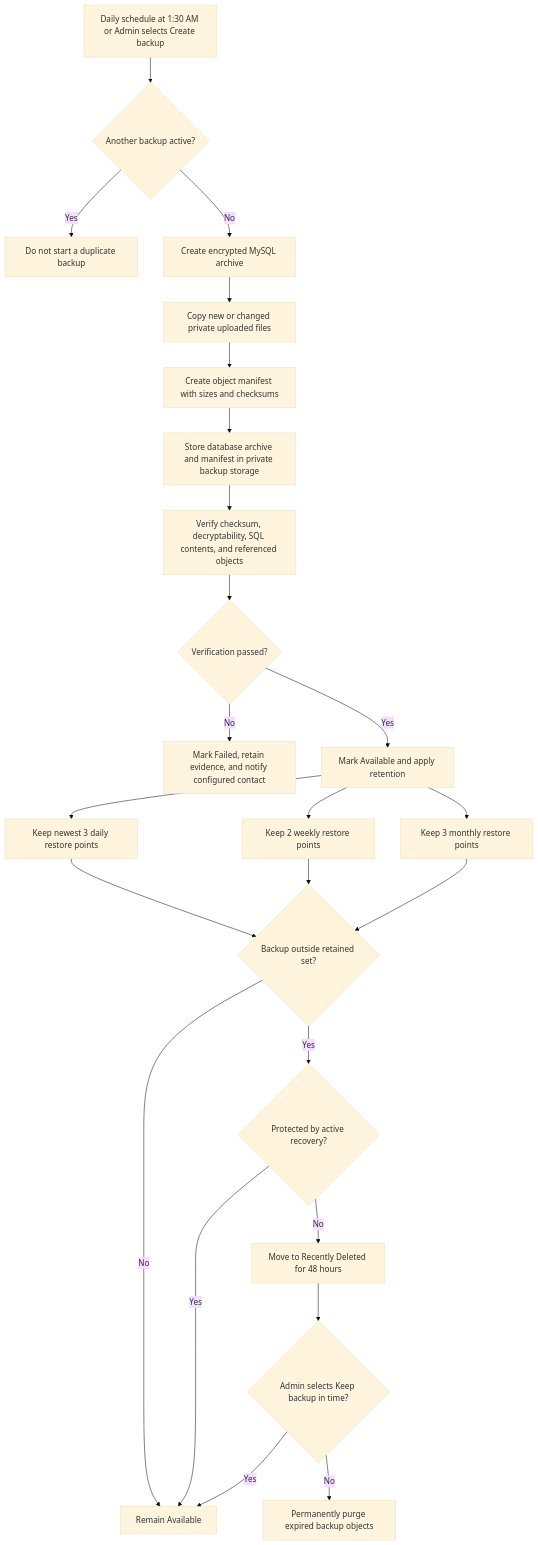
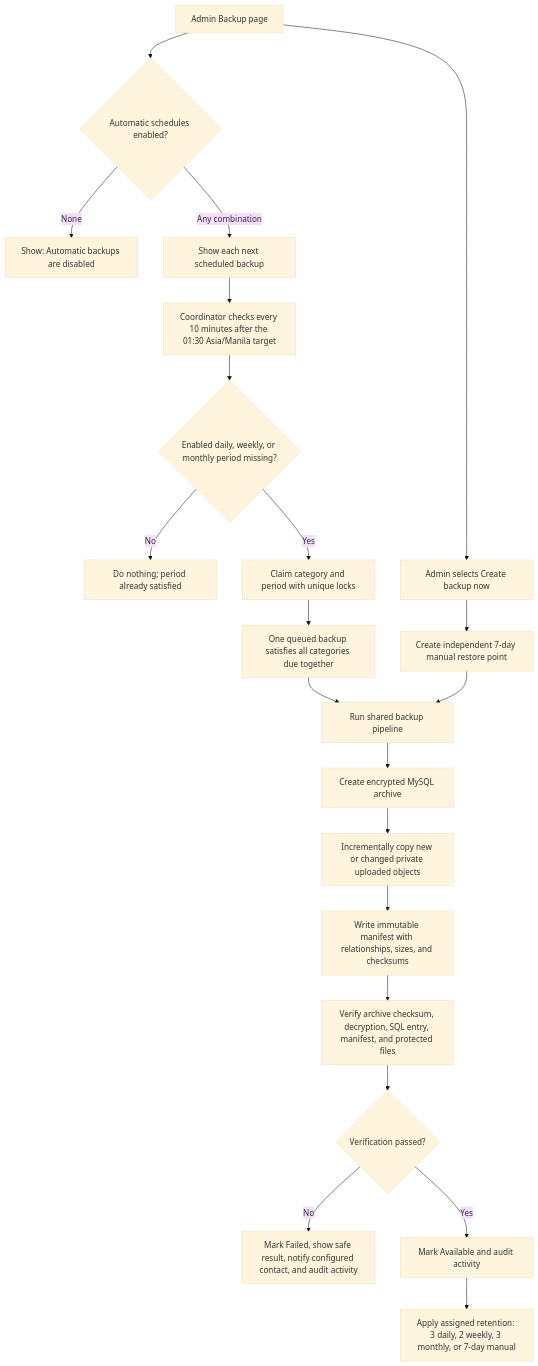
One commit to ja2gc/Nutriscope changed the first of 4 diagrams in docs/modules/Flowcharts/Backup and Recovery.md. Above: the diagram before and after it, drawn with Mermaid (base theme). The commit also changed other lines of this file and 130 other files, not shown here.

Commit message:
feat: harden storage backups and recovery

````diff
--- a/docs/modules/Flowcharts/Backup and Recovery.md
+++ b/docs/modules/Flowcharts/Backup and Recovery.md
@@ -7,27 +7,23 @@
 ```mermaid
 flowchart TD
-    A["Daily schedule at 1:30 AM or Admin selects Create backup"] --> B{"Another backup active?"}
-    B -->|"Yes"| C["Do not start a duplicate backup"]
-    B -->|"No"| D["Create encrypted MySQL archive"]
-    D --> E["Copy new or changed private uploaded files"]
-    E --> F["Create object manifest with sizes and checksums"]
-    F --> G["Store database archive and manifest in private backup storage"]
-    G --> H["Verify checksum, decryptability, SQL contents, and referenced objects"]
-    H --> I{"Verification passed?"}
-    I -->|"No"| J["Mark Failed, retain evidence, and notify configured contact"]
-    I -->|"Yes"| K["Mark Available and apply retention"]
-
-    K --> L["Keep newest 3 daily restore points"]
-    K --> M["Keep 2 weekly restore points"]
-    K --> N["Keep 3 monthly restore points"]
-    L --> O{"Backup outside retained set?"}
-    M --> O
-    N --> O
-    O -->|"No"| P["Remain Available"]
-    O -->|"Yes"| Q{"Protected by active recovery?"}
-    Q -->|"Yes"| P
-    Q -->|"No"| R["Move to Recently Deleted for 48 hours"]
-    R --> S{"Admin selects Keep backup in time?"}
-    S -->|"Yes"| P
-    S -->|"No"| T["Permanently purge expired backup objects"]
+    A["Admin Backup page"] --> B{"Automatic schedules enabled?"}
+    B -->|"None"| C["Show: Automatic backups are disabled"]
+    B -->|"Any combination"| D["Show each next scheduled backup"]
+    D --> E["Coordinator checks every 10 minutes after the 01:30 Asia/Manila target"]
+    E --> F{"Enabled daily, weekly, or monthly period missing?"}
+    F -->|"No"| G["Do nothing; period already satisfied"]
+    F -->|"Yes"| H["Claim category and period with unique locks"]
+    H --> I["One queued backup satisfies all categories due together"]
+    A --> J["Admin selects Create backup now"]
+    J --> K["Create independent 7-day manual restore point"]
+    I --> L["Run shared backup pipeline"]
+    K --> L
+    L --> M["Create encrypted MySQL archive"]
+    M --> N["Incrementally copy new or changed private uploaded objects"]
+    N --> O["Write immutable manifest with relationships, sizes, and checksums"]
+    O --> P["Verify archive checksum, decryption, SQL entry, manifest, and protected files"]
+    P --> Q{"Verification passed?"}
+    Q -->|"No"| R["Mark Failed, show safe result, notify configured contact, and audit activity"]
+    Q -->|"Yes"| S["Mark Available and audit activity"]
+    S --> T["Apply assigned retention: 3 daily, 2 weekly, 3 monthly, or 7-day manual"]
 ```
````
